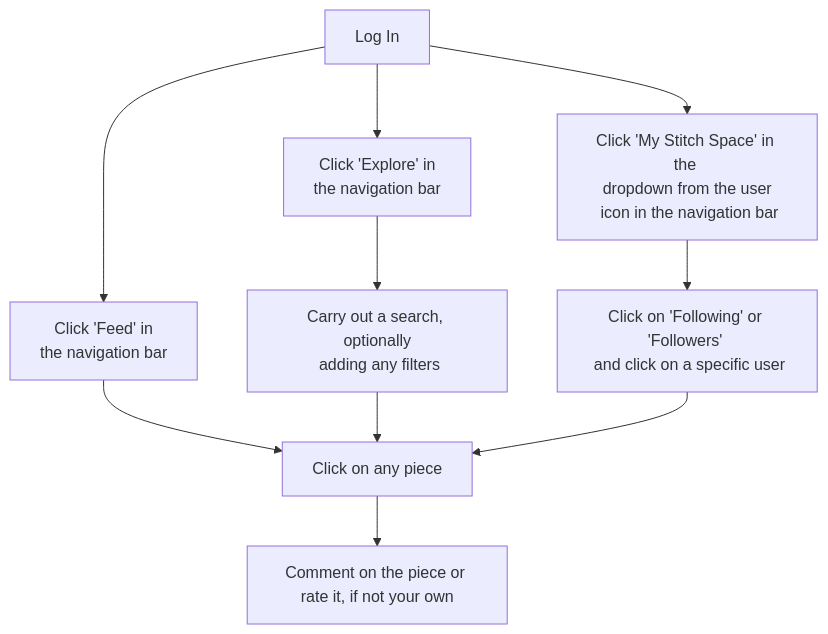
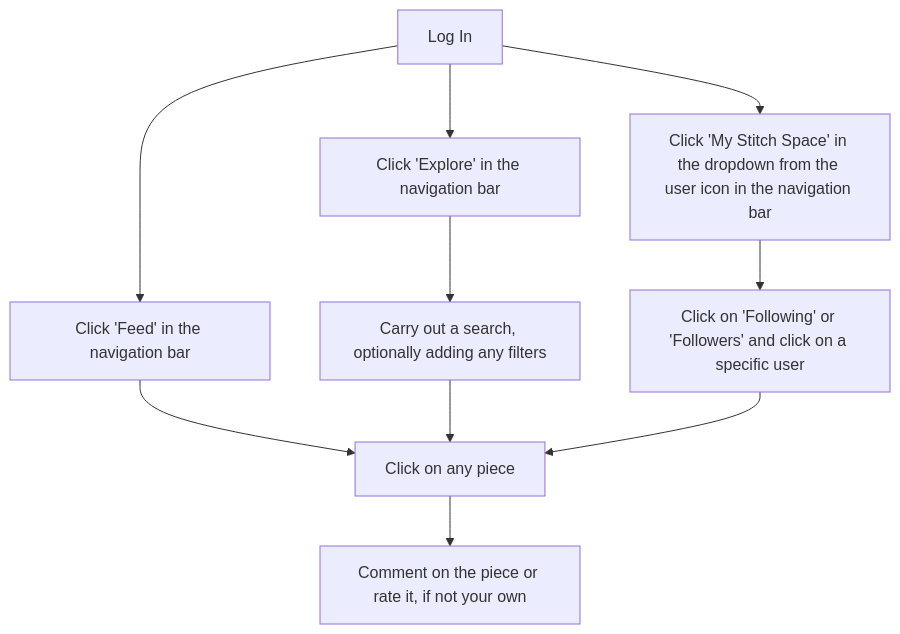
One commit to EvitaKnits/stitch-space changed the third of 6 diagrams in README.md. Above: the diagram before and after it, drawn with Mermaid. The commit also changed other lines of this file and 19 other files, not shown here.

````diff
--- a/README.md
+++ b/README.md
@@ -136,12 +138,12 @@
 ```mermaid
 flowchart TD
-    A[Log In] --> B[Click 'Feed' in\n the navigation bar]
-    A --> C[Click 'Explore' in \n the navigation bar]
-    A --> D[Click 'My Stitch Space' in the \n dropdown from the user \n icon in the navigation bar]
+    A[Log In] --> B[Click 'Feed' in the navigation bar]
+    A --> C[Click 'Explore' in the navigation bar]
+    A --> D[Click 'My Stitch Space' in the dropdown from the user icon in the navigation bar]
     B --> E[Click on any piece]
-    C --> F[Carry out a search, optionally\n adding any filters]
+    C --> F[Carry out a search, optionally adding any filters]
     F --> E
-    D --> G[Click on 'Following' or 'Followers' \n and click on a specific user]
+    D --> G[Click on 'Following' or 'Followers' and click on a specific user]
     G --> E
     E --> H[Comment on the piece or rate it, if not your own]
 ```
````
